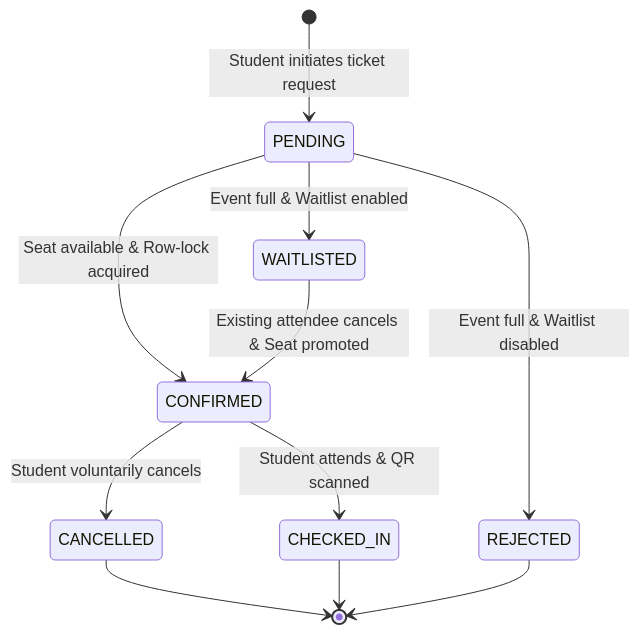
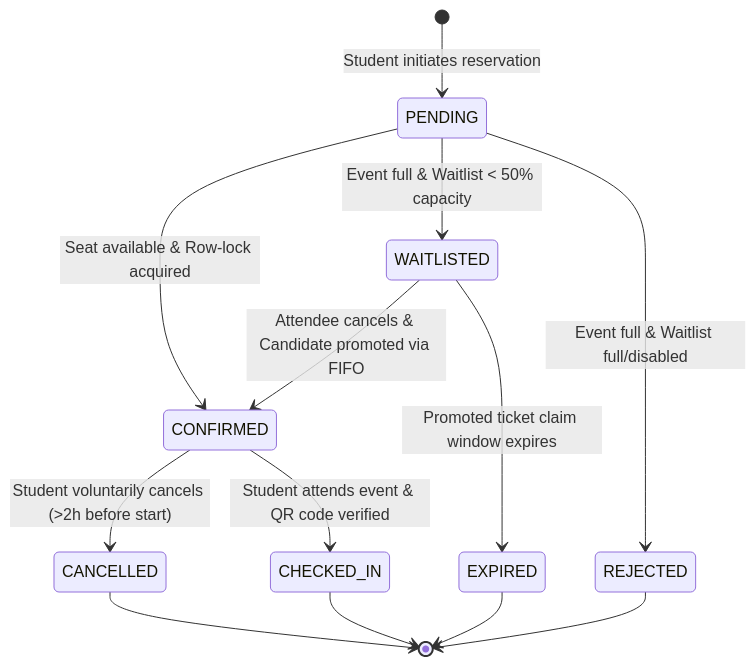
Before and after one commit to sanjeevirajanramajayam/campusHubAPI: the first of 5 diagrams in CampusHub_User_Stories_and_Business_Rules.md, drawn with Mermaid. The commit also changed other lines of this file, not shown here.

Commit message:
docs: enrich business rules with waitlist FIFO engine, brute-force defense, multi-tiered rate limiting, and failure modes matrix

````diff
--- a/CampusHub_User_Stories_and_Business_Rules.md
+++ b/CampusHub_User_Stories_and_Business_Rules.md
@@ -476,13 +641,15 @@
 ```mermaid
 stateDiagram-v2
-    [*] --> PENDING : Student initiates ticket request
+    [*] --> PENDING : Student initiates reservation
     PENDING --> CONFIRMED : Seat available & Row-lock acquired
-    PENDING --> WAITLISTED : Event full & Waitlist enabled
-    PENDING --> REJECTED : Event full & Waitlist disabled
-    CONFIRMED --> CANCELLED : Student voluntarily cancels
-    CONFIRMED --> CHECKED_IN : Student attends & QR scanned
-    WAITLISTED --> CONFIRMED : Existing attendee cancels & Seat promoted
+    PENDING --> WAITLISTED : Event full & Waitlist < 50% capacity
+    PENDING --> REJECTED : Event full & Waitlist full/disabled
+    CONFIRMED --> CANCELLED : Student voluntarily cancels (>2h before start)
+    CONFIRMED --> CHECKED_IN : Student attends event & QR code verified
+    WAITLISTED --> CONFIRMED : Attendee cancels & Candidate promoted via FIFO
+    WAITLISTED --> EXPIRED : Promoted ticket claim window expires
     CANCELLED --> [*]
     CHECKED_IN --> [*]
     REJECTED --> [*]
+    EXPIRED --> [*]
 ```
````
